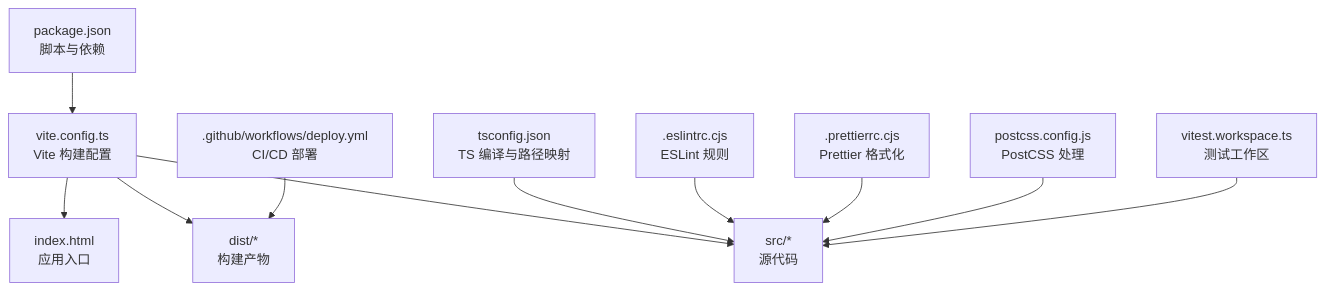
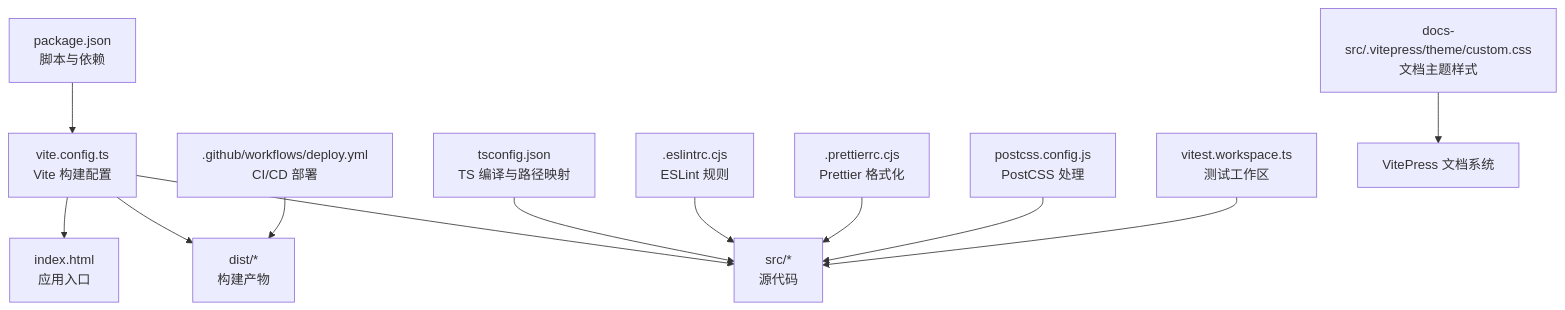
Before and after one commit to ja-plus/stk-table-vue: the first of 4 diagrams in .qoder/repowiki/zh/content/集成指南/构建配置/构建配置.md, drawn with Mermaid. The commit also changed other lines of this file and 54 other files, not shown here.

````diff
--- a/.qoder/repowiki/zh/content/集成指南/构建配置/构建配置.md
+++ b/.qoder/repowiki/zh/content/集成指南/构建配置/构建配置.md
@@ -41,13 +49,14 @@
 ```mermaid
 graph TB
 A["package.json<br/>脚本与依赖"] --> B["vite.config.ts<br/>Vite 构建配置"]
 B --> C["index.html<br/>应用入口"]
 B --> D["src/*<br/>源代码"]
 B --> E["dist/*<br/>构建产物"]
 F["tsconfig.json<br/>TS 编译与路径映射"] --> D
 G[".eslintrc.cjs<br/>ESLint 规则"] --> D
 H[".prettierrc.cjs<br/>Prettier 格式化"] --> D
 I["postcss.config.js<br/>PostCSS 处理"] --> D
 J["vitest.workspace.ts<br/>测试工作区"] --> D
 K[".github/workflows/deploy.yml<br/>CI/CD 部署"] --> E
+L["docs-src/.vitepress/theme/custom.css<br/>文档主题样式"] --> M["VitePress 文档系统"]
 ```
````
